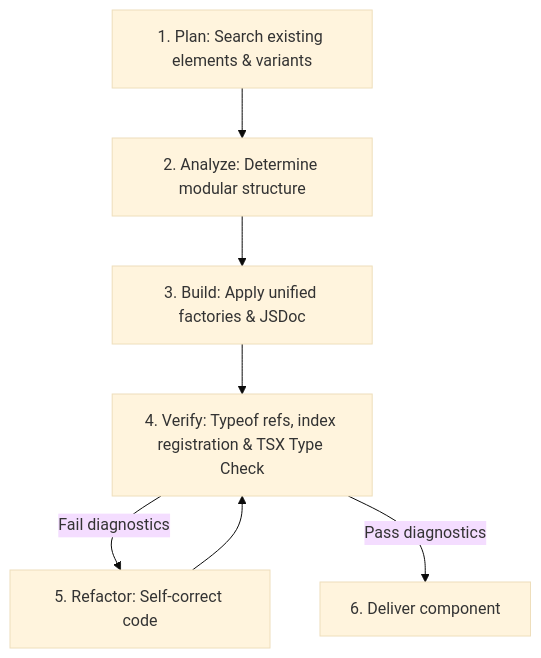
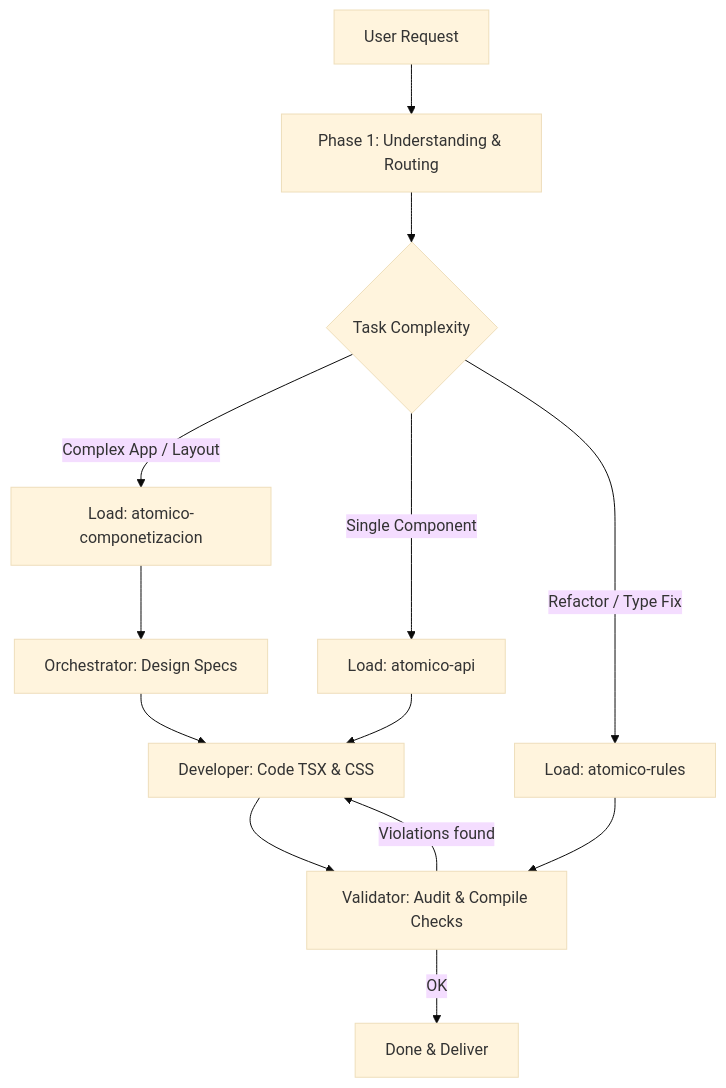
One commit to atomicojs/atomico changed the diagram in .agents/skills/atomico/SKILL.md. Above: the diagram before and after it, drawn with Mermaid (base theme). The commit also changed other lines of this file and 32 other files, not shown here.

````diff
--- a/.agents/skills/atomico/SKILL.md
+++ b/.agents/skills/atomico/SKILL.md
@@ -144,9 +23,17 @@
 ```mermaid
 graph TD
-    A[1. Plan: Search existing elements & variants] --> B[2. Analyze: Determine modular structure]
-    B --> C[3. Build: Apply unified factories & JSDoc]
-    C --> D[4. Verify: Typeof refs, index registration & TSX Type Check]
-    D -- Fail diagnostics --> E[5. Refactor: Self-correct code]
-    E --> D
-    D -- Pass diagnostics --> F[6. Deliver component]
+    A[User Request] --> B[Phase 1: Understanding & Routing]
+    B --> C{Task Complexity}
+    C -- "Complex App / Layout" --> D[Load: atomico-componetizacion]
+    C -- "Single Component" --> E[Load: atomico-api]
+    C -- "Refactor / Type Fix" --> F[Load: atomico-rules]
+    
+    D --> G[Orchestrator: Design Specs]
+    G --> H[Developer: Code TSX & CSS]
+    E --> H
+    
+    H --> I[Validator: Audit & Compile Checks]
+    F --> I
+    I -- "Violations found" --> H
+    I -- "OK" --> J[Done & Deliver]
 ```
````
